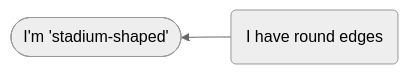
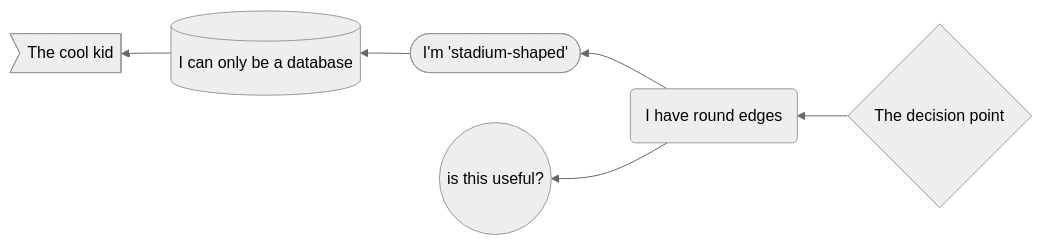
The third of 3 diagrams in flowchart.md (raulmanzas/playing_with_mermaid), drawn with Mermaid (neutral theme) before and after one commit. The commit also changed other lines of this file, not shown here.

Commit message:
adds connections to nonsense flow chart

````diff
--- a/flowchart.md
+++ b/flowchart.md
@@ -21,4 +21,8 @@
 ```mermaid
 flowchart RL
   roundNode(I have round edges) --> stadium([I'm 'stadium-shaped'])
+  stadium --> database[(I can only be a database)]
+  roundNode --> circle((is this useful?))
+  database --> coolKid>The cool kid]
+  decision{The decision point} --> roundNode
 ```
````
